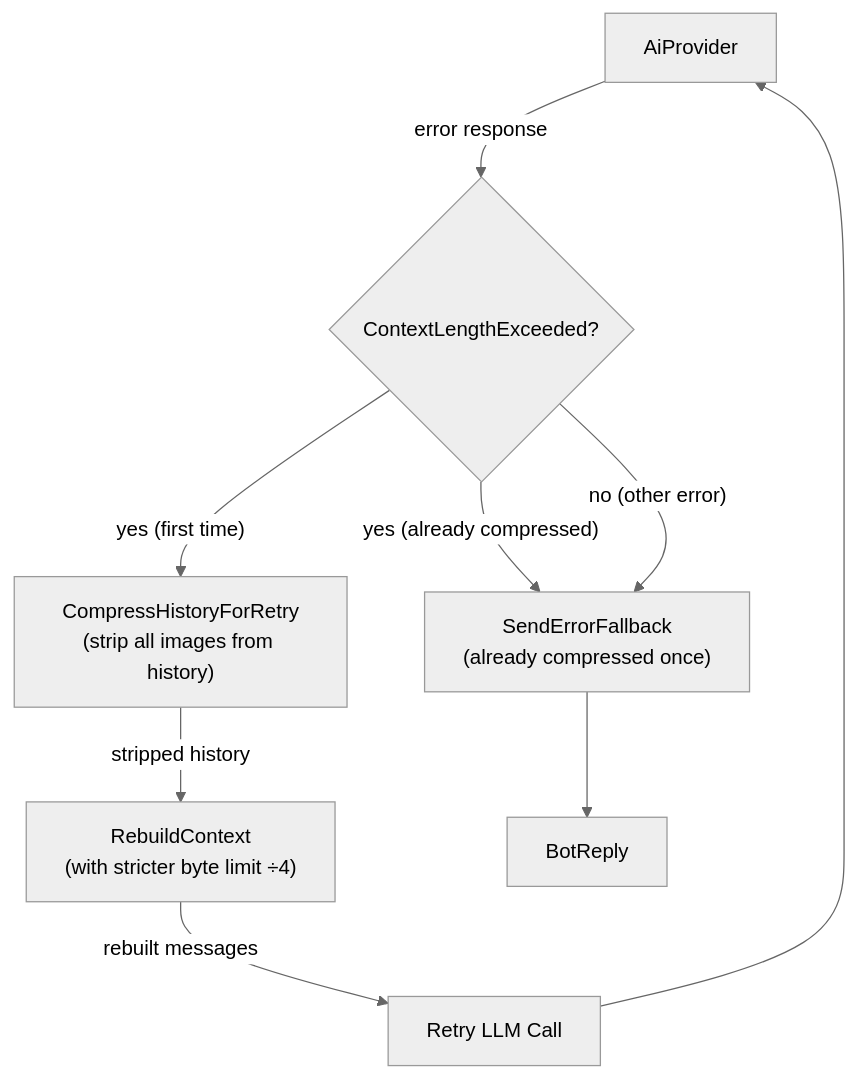
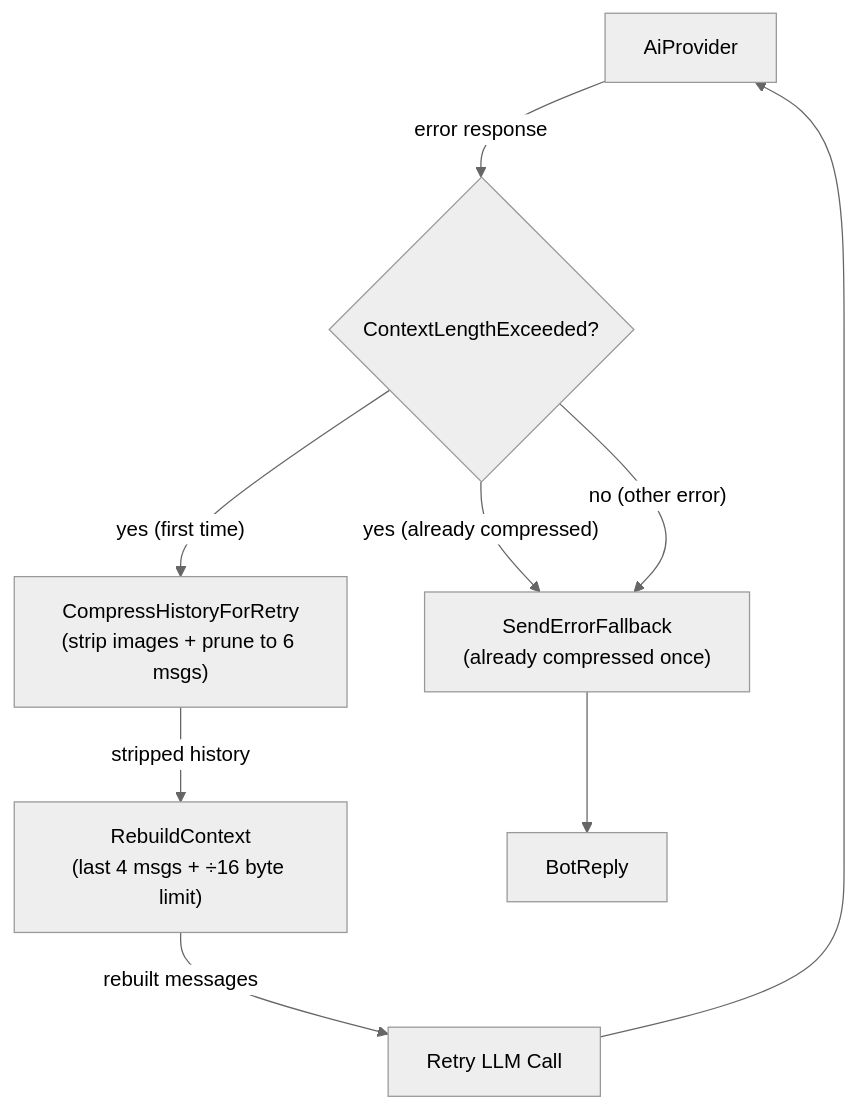
Diagram 11 of 12 in _dfds/agent-harness.md (cosmoswafer/rockbot), drawn with Mermaid (neutral theme) before and after one commit. The commit also changed other lines of this file and 1 other file, not shown here.

First line of the commit message:
fix: add history pruning to context-length compression retry

````diff
--- a/_dfds/agent-harness.md
+++ b/_dfds/agent-harness.md
@@ -376,19 +376,19 @@
 ```mermaid
 flowchart TD
     AI[AiProvider]
     CHECK{ContextLengthExceeded?}
-    COMPRESS["CompressHistoryForRetry<br/>(strip all images from history)"]
-    REBUILD["RebuildContext<br/>(with stricter byte limit ÷4)"]
+    COMPRESS["CompressHistoryForRetry<br/>(strip images + prune to 6 msgs)"]
+    REBUILD["RebuildContext<br/>(last 4 msgs + ÷16 byte limit)"]
     RETRY["Retry LLM Call"]
     FALLBACK["SendErrorFallback<br/>(already compressed once)"]
     REPLY[BotReply]
 
     AI -->|"error response"| CHECK
     CHECK -->|"yes (first time)"| COMPRESS
     CHECK -->|"yes (already compressed)"| FALLBACK
     CHECK -->|"no (other error)"| FALLBACK
     COMPRESS -->|"stripped history"| REBUILD
     REBUILD -->|"rebuilt messages"| RETRY
     RETRY --> AI
     FALLBACK --> REPLY
 ```
````
